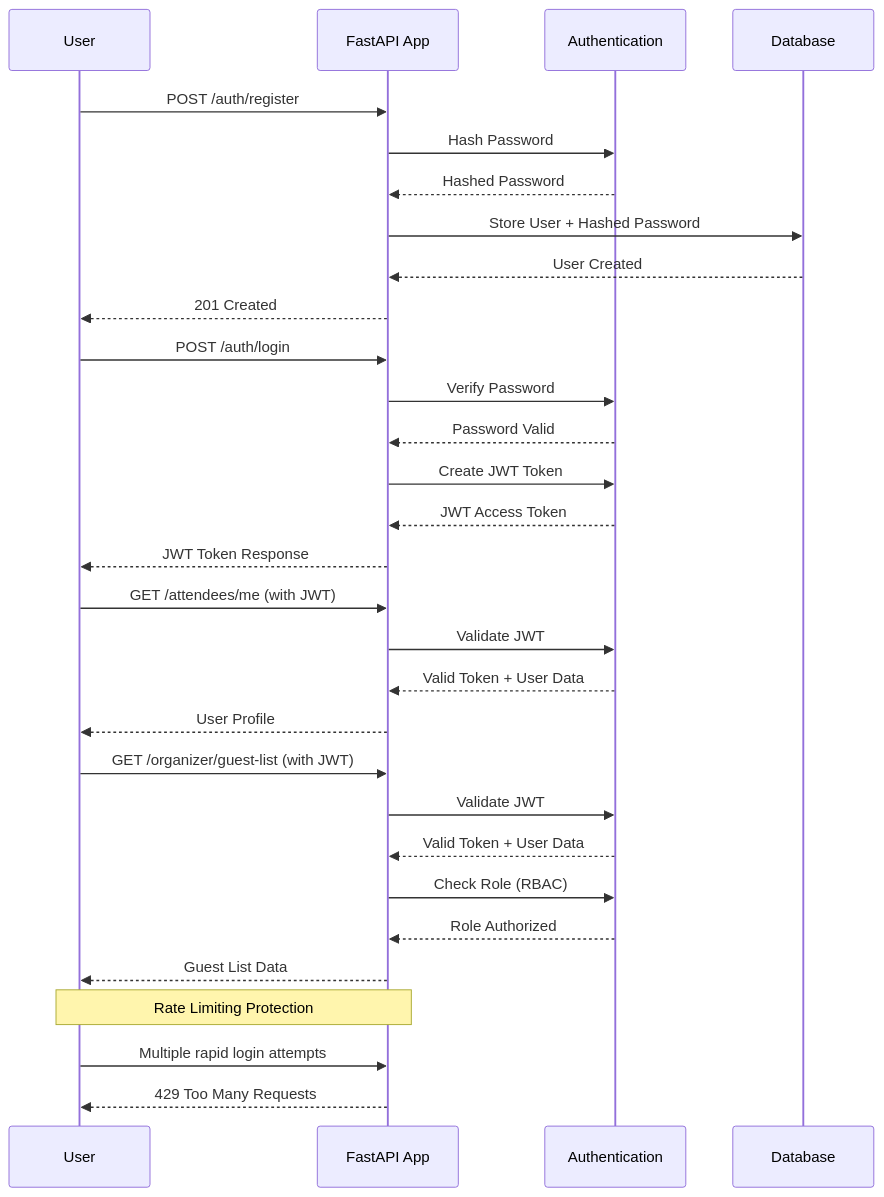
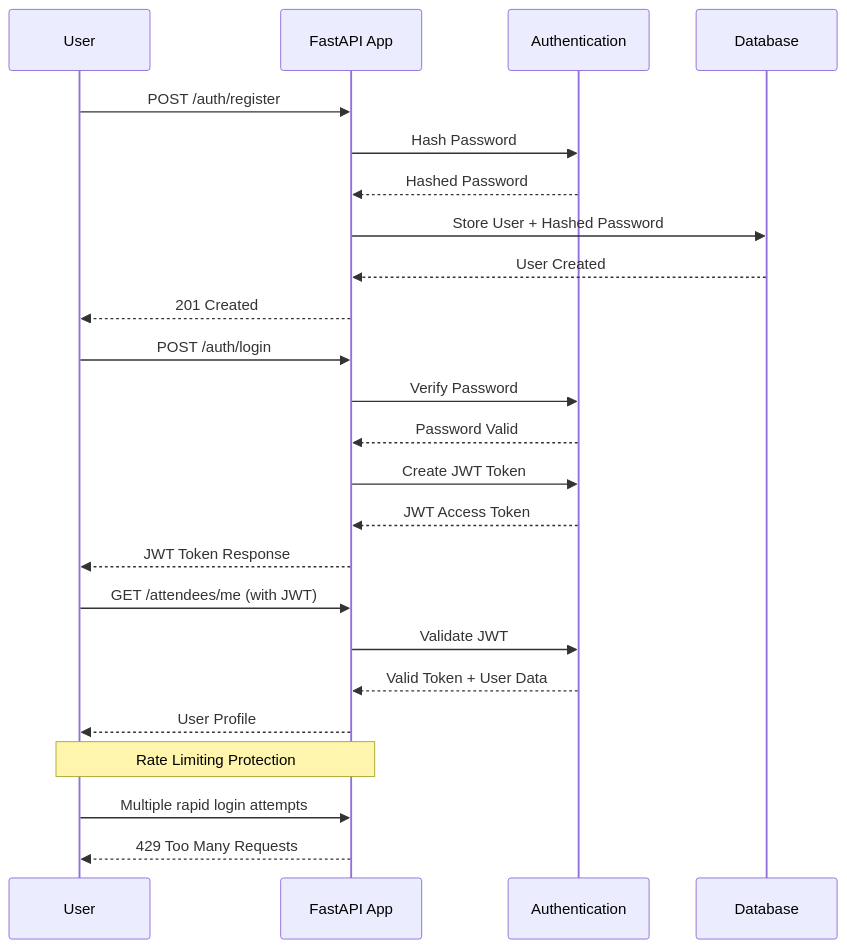
Before and after one commit to balupeddireddy08/FastAPI-for-AI-Projects: the diagram in 05-security/README.md, drawn with Mermaid. The commit also changed other lines of this file and 3 other files, not shown here.

````diff
--- a/05-security/README.md
+++ b/05-security/README.md
@@ -23,37 +22,32 @@
 ```mermaid
 sequenceDiagram
     participant User
     participant API as FastAPI App
     participant Auth as Authentication
     participant DB as Database
     
     User->>API: POST /auth/register
     API->>Auth: Hash Password
     Auth-->>API: Hashed Password
     API->>DB: Store User + Hashed Password
     DB-->>API: User Created
     API-->>User: 201 Created
     
     User->>API: POST /auth/login
     API->>Auth: Verify Password
     Auth-->>API: Password Valid
     API->>Auth: Create JWT Token
     Auth-->>API: JWT Access Token
     API-->>User: JWT Token Response
     
     User->>API: GET /attendees/me (with JWT)
     API->>Auth: Validate JWT
     Auth-->>API: Valid Token + User Data
     API-->>User: User Profile
     
-    User->>API: GET /organizer/guest-list (with JWT)
-    API->>Auth: Validate JWT
-    Auth-->>API: Valid Token + User Data
-    API->>Auth: Check Role (RBAC)
-    Auth-->>API: Role Authorized
-    API-->>User: Guest List Data
+    # Removed role-based access control flow
     
     Note over User,API: Rate Limiting Protection
     User->>API: Multiple rapid login attempts
     API-->>User: 429 Too Many Requests
 ```
````
